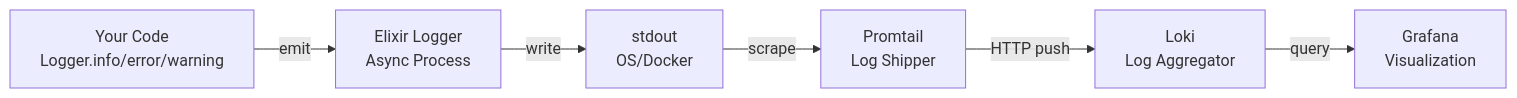
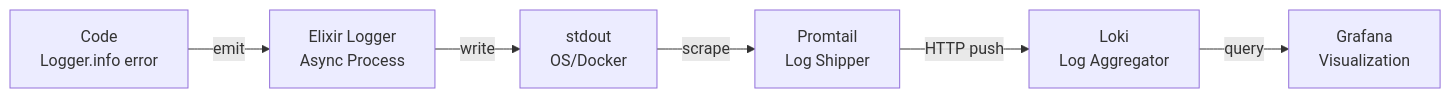
One commit to dwyl/learn-elixir-microservices-with-opentelemetry changed the eighth of 9 diagrams in README.md. Above: the diagram before and after it, drawn with Mermaid. The commit also changed other lines of this file, not shown here.

Commit message:
chore: review README

````diff
--- a/README.md
+++ b/README.md
@@ -718,15 +718,15 @@
 ```mermaid
 flowchart LR
-    Code[Your Code<br>Logger.info/error/warning]
+    Code[Code<br>Logger.info error]
     Logger[Elixir Logger<br>Async Process]
     Stdout[stdout<br>OS/Docker]
     Promtail[Promtail<br>Log Shipper]
     Loki[Loki<br>Log Aggregator]
     Grafana[Grafana<br>Visualization]
 
     Code -->|emit| Logger
     Logger -->|write| Stdout
     Stdout -->|scrape| Promtail
     Promtail -->|HTTP push| Loki
     Loki -->|query| Grafana
 ```
````
